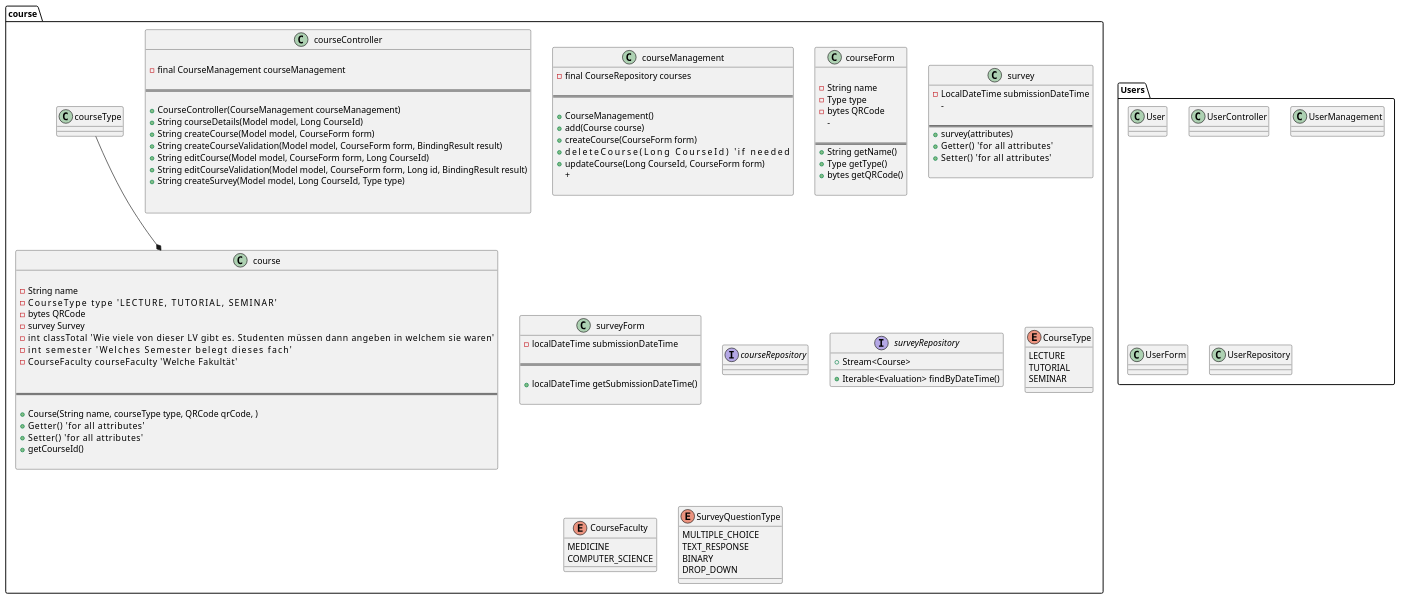
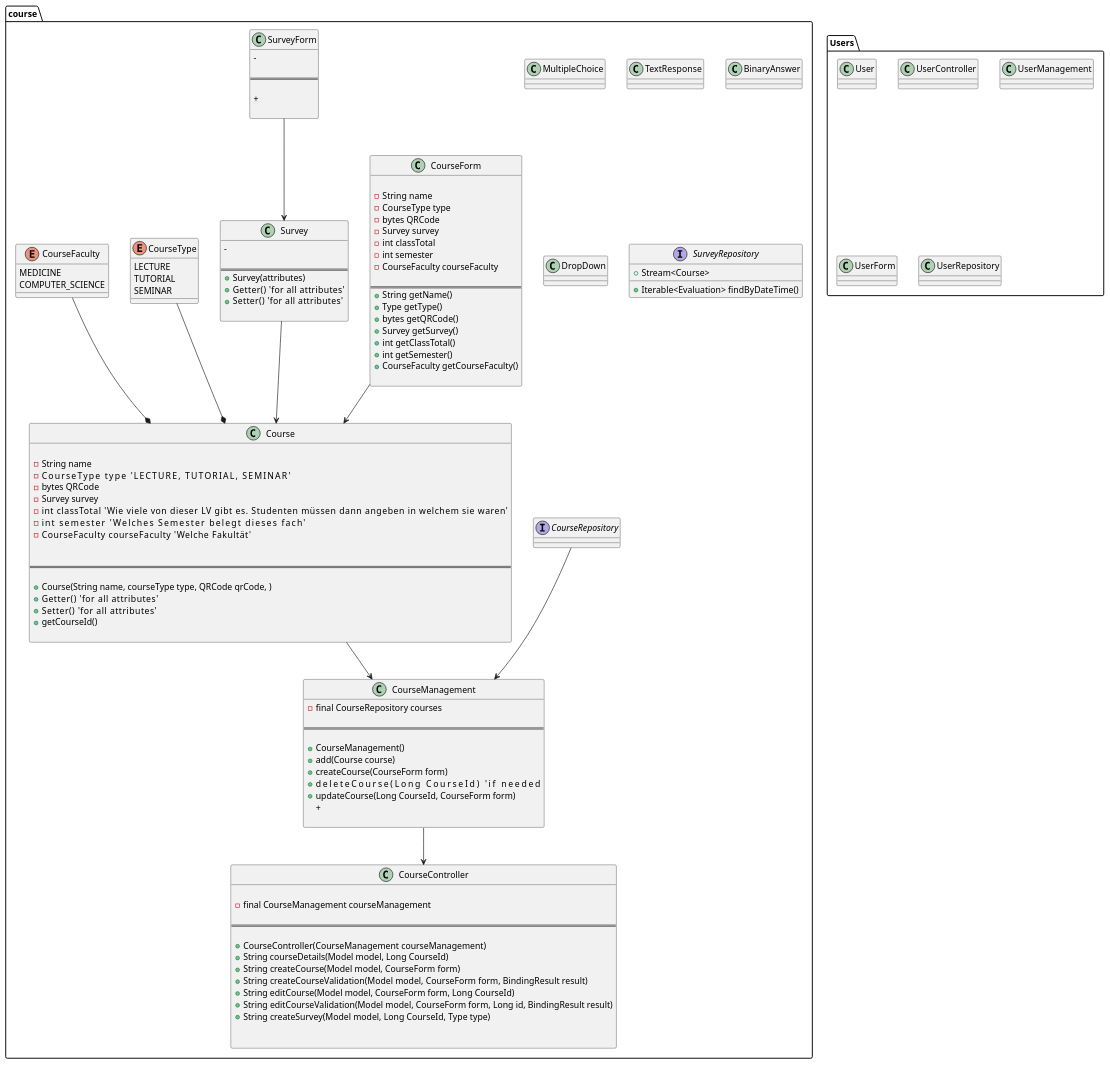
The diagram in src/main/documentation/diagrams/src/architecture_overview.wsd (Elocien/QOVA), drawn with PlantUML before and after one commit. The commit also changed 11 other files, not shown here.

```diff
--- a/src/main/documentation/diagrams/src/architecture_overview.wsd
+++ b/src/main/documentation/diagrams/src/architecture_overview.wsd
@@ -20,12 +20,12 @@
 package course{
 
     'Finalised'
-    class course{
+    class Course{
         
         - String name
         - CourseType type                       'LECTURE, TUTORIAL, SEMINAR'
         - bytes QRCode
-        - survey Survey
+        - Survey survey
         - int classTotal                        'Wie viele von dieser LV gibt es. Studenten müssen dann angeben in welchem sie waren'
         - int semester                          'Welches Semester belegt dieses fach'
         - CourseFaculty courseFaculty           'Welche Fakultät'
@@ -48,7 +48,7 @@
 
 
     'In Progress'
-    class courseController{
+    class CourseController{
        
         - final CourseManagement courseManagement
 
@@ -77,7 +77,7 @@
 
 
     'In Progress'
-    class courseManagement{
+    class CourseManagement{
         - final CourseRepository courses
 
 ==
@@ -94,17 +94,24 @@
 
 
 
-    class courseForm {
+    class CourseForm {
     
         - String name
-        - Type type
+        - CourseType type                       
         - bytes QRCode
-        -
+        - Survey survey
+        - int classTotal                        
+        - int semester                          
+        - CourseFaculty courseFaculty           
 
 ==
         + String getName()
         + Type getType()
         + bytes getQRCode()
+        + Survey getSurvey()
+        + int getClassTotal()
+        + int getSemester()
+        + CourseFaculty getCourseFaculty()
 
     }
 
@@ -112,14 +119,43 @@
 
 
 
-    class survey {
-        - LocalDateTime submissionDateTime     
+    class Survey {
+        -  
+
+==
+        + Survey(attributes)
+        + Getter()     'for all attributes'
+        + Setter()     'for all attributes'
+
+    }
+
+    class SurveyForm {
+        'todo'
         - 
 
 ==
-        + survey(attributes)
-        + Getter()     'for all attributes'
-        + Setter()     'for all attributes'
+
+        'todo'
+        + 
+
+    }
+
+
+
+
+    class MultipleChoice {
+
+    }
+
+    class TextResponse{
+
+    }
+
+    class BinaryAnswer{
+
+    }
+
+    class DropDown{
 
     }
 
@@ -127,22 +163,11 @@
 
 
 
-    class surveyForm {
-        'todo'
-        - localDateTime submissionDateTime
-
-==
-
-        'todo'
-        + localDateTime getSubmissionDateTime()
-
-    }
-
-    interface courseRepository {
+    interface CourseRepository {
         'if filtern is necessary, methods are added here' 
     }
 
-    interface surveyRepository {
+    interface SurveyRepository {
         'All findBy methods are added here. Will have to see how they want this filtered
         
         + Stream<Course>
@@ -151,10 +176,19 @@
 
     }
 
+
+
+
+
+
+
+
+
     enum CourseType {
         LECTURE
         TUTORIAL
         SEMINAR
+        'comment'
     }
 
     enum CourseFaculty {
@@ -164,16 +198,16 @@
     }
 
 
+    'Relations'
+    CourseType --* Course
+    CourseFaculty --* Course
+    Course --> CourseManagement
+    CourseRepository --> CourseManagement
+    CourseManagement --> CourseController
+    CourseForm --> Course
 
-    enum SurveyQuestionType {
-        MULTIPLE_CHOICE
-        TEXT_RESPONSE
-        BINARY
-        DROP_DOWN
-    }
-
-    'Relations'
-    courseType --* course
+    Survey --> Course
+    SurveyForm --> Survey
 
 
 }
```
